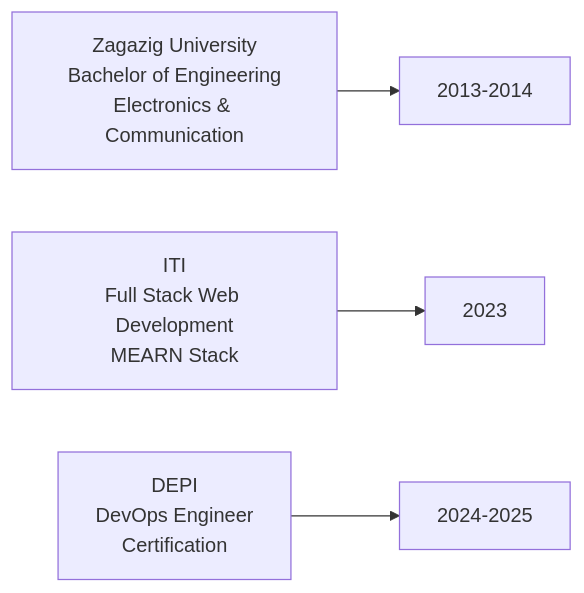
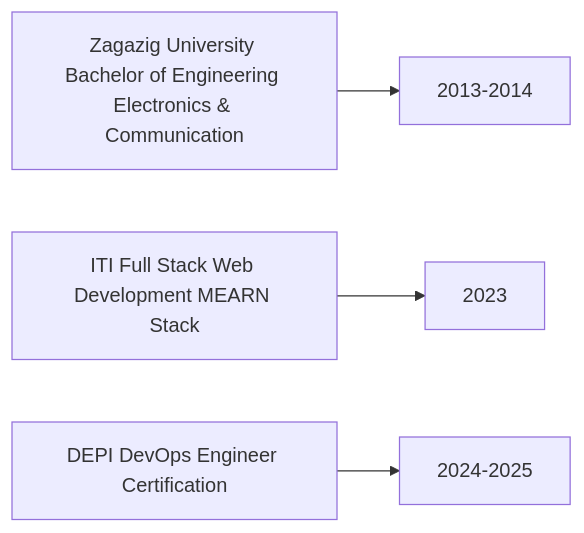
One commit to HebaAli48/HebaAli48 changed the second of 2 diagrams in README.md. Above: the diagram before and after it, drawn with Mermaid.

````diff
--- a/README.md
+++ b/README.md
@@ -101,6 +101,6 @@
 ```mermaid
 graph LR
-    A[Zagazig University\nBachelor of Engineering\nElectronics & Communication] --> B[2013-2014]
-    C[ITI\nFull Stack Web Development\nMEARN Stack] --> D[2023]
-    E[DEPI\nDevOps Engineer\nCertification] --> F[2024-2025]
+    A[Zagazig University Bachelor of Engineering Electronics & Communication] --> B[2013-2014]
+    C[ITI Full Stack Web Development MEARN Stack] --> D[2023]
+    E[DEPI DevOps Engineer Certification] --> F[2024-2025]
 ```
````
